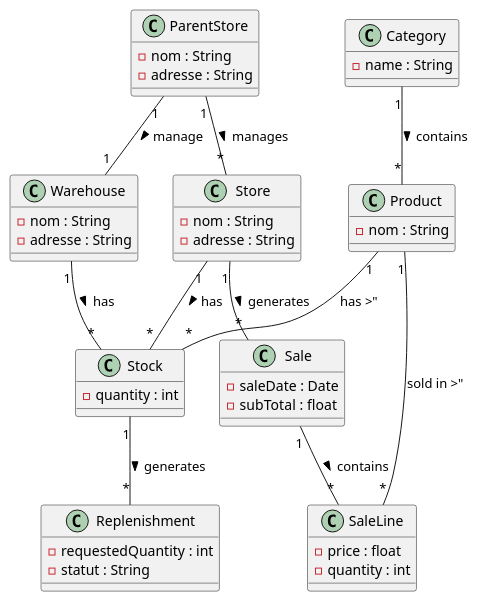
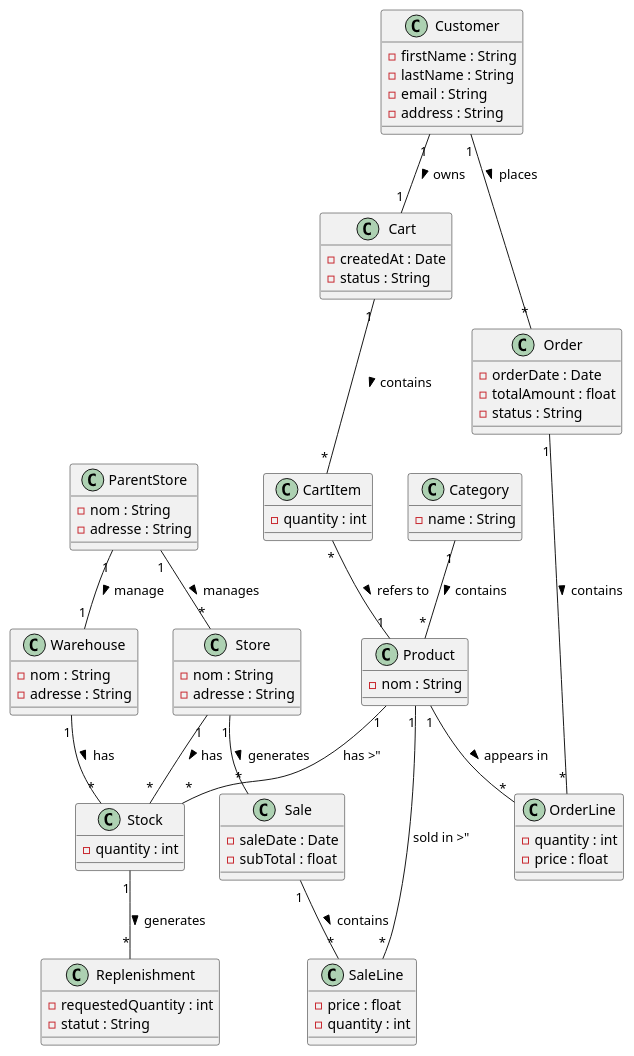
Before and after one commit to Jonathan-Lorfils/LOG430-Lab: the diagram in docs/UML/VueLogique.puml, drawn with PlantUML.

Commit message:
update uml

```diff
--- a/docs/UML/VueLogique.puml
+++ b/docs/UML/VueLogique.puml
@@ -1,56 +1,92 @@
 @startuml VueLogique
 
 class ParentStore {
   - nom : String
   - adresse : String
 }
 
 class Warehouse {
   - nom : String
   - adresse : String
 }
 
 class Store {
   - nom : String
   - adresse : String
 }
 
 class Product {
   - nom : String
 }
 
 class Category {
   - name : String
 }
 
 class Stock {
   - quantity : int
 }
 
 class Sale {
   - saleDate : Date
   - subTotal : float
 }
 
 class SaleLine {
   - price : float
   - quantity : int
 }
 
 class Replenishment {
   - requestedQuantity : int
   - statut : String
 }
 
+class Customer {
+  - firstName : String
+  - lastName : String
+  - email : String
+  - address : String
+}
+
+class Cart {
+  - createdAt : Date
+  - status : String
+}
+
+class CartItem {
+  - quantity : int
+}
+
+class Order {
+  - orderDate : Date
+  - totalAmount : float
+  - status : String
+}
+
+class OrderLine {
+  - quantity : int
+  - price : float
+}
+
+' Relations existantes
 Category "1" -- "*" Product : contains >
 ParentStore "1" -- "1" Warehouse : manage >
 ParentStore "1" -- "*" Store : manages >
 Store "1" -- "*" Stock : has >
 Store "1" -- "*" Sale : generates >
 Warehouse "1" -- "*" Stock : has >
 Product "1" -- "*" Stock : has >"
 Product "1" -- "*" SaleLine : sold in >"
 Stock "1" -- "*" Replenishment : generates >
 Sale "1" -- "*" SaleLine : contains >
 
+' Relations e-commerce
+Customer "1" -- "1" Cart : owns >
+Cart "1" -- "*" CartItem : contains >
+CartItem "*" -- "1" Product : refers to >
+Customer "1" -- "*" Order : places >
+Order "1" -- "*" OrderLine : contains >
+Product "1" -- "*" OrderLine : appears in >
+
 @enduml
```
